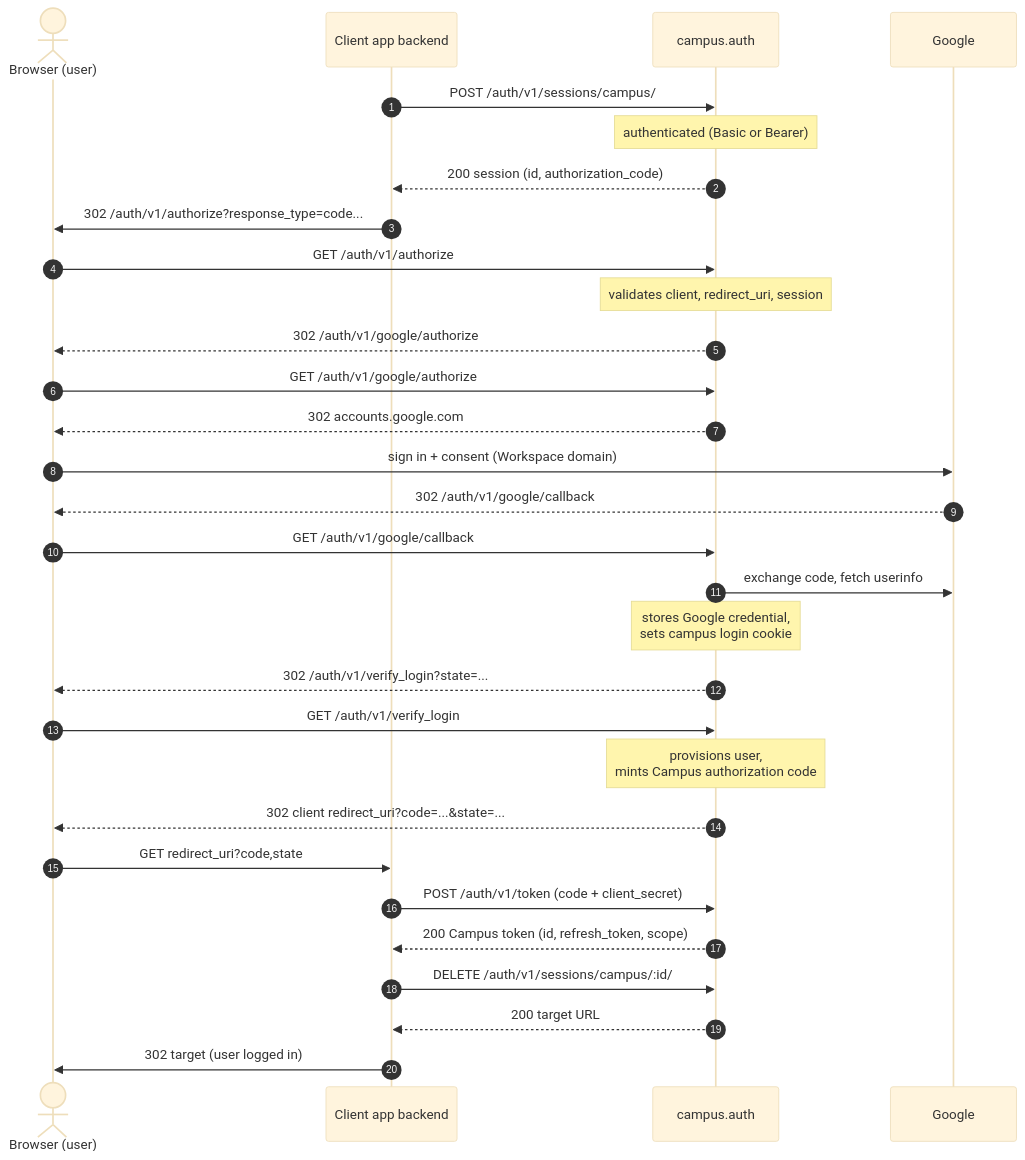
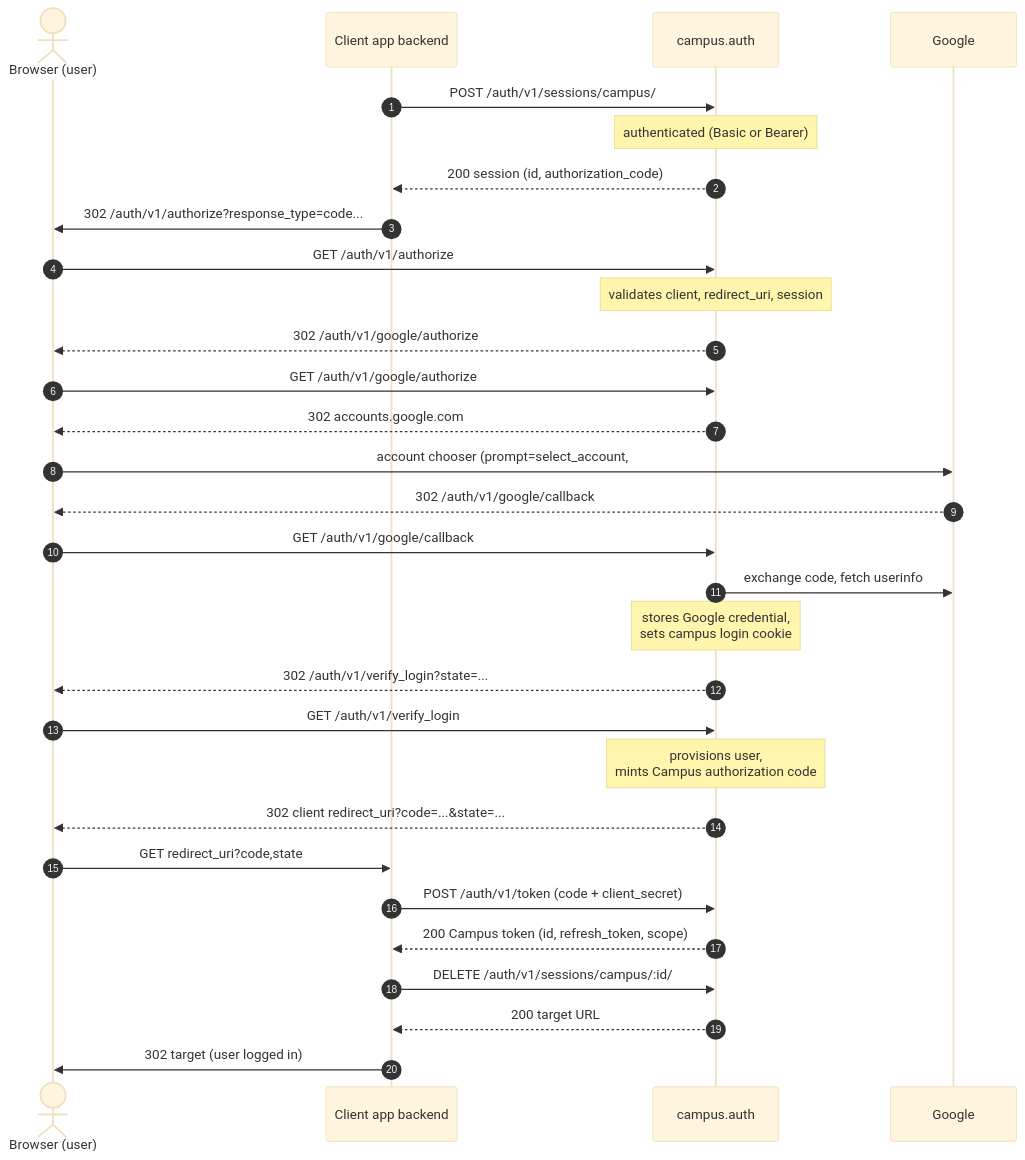
The second of 4 diagrams in docs/auth-login-flow.md (nyjc-computing/campus), drawn with Mermaid (base theme) before and after one commit. The commit also changed other lines of this file and 2 other files, not shown here.

First line of the commit message:
fix(auth): force Google account chooser on identity login (#844)

````diff
--- a/docs/auth-login-flow.md
+++ b/docs/auth-login-flow.md
@@ -61,33 +61,33 @@
 ```mermaid
 sequenceDiagram
     autonumber
     actor U as Browser (user)
     participant C as Client app backend
     participant A as campus.auth
     participant G as Google
 
     C->>A: POST /auth/v1/sessions/campus/
     Note over A: authenticated (Basic or Bearer)
     A-->>C: 200 session (id, authorization_code)
     C->>U: 302 /auth/v1/authorize?response_type=code...
     U->>A: GET /auth/v1/authorize
     Note over A: validates client, redirect_uri, session
     A-->>U: 302 /auth/v1/google/authorize
     U->>A: GET /auth/v1/google/authorize
     A-->>U: 302 accounts.google.com
-    U->>G: sign in + consent (Workspace domain)
+    U->>G: account chooser (prompt=select_account, #844)<br/>+ sign in + consent (Workspace domain)
     G-->>U: 302 /auth/v1/google/callback
     U->>A: GET /auth/v1/google/callback
     A->>G: exchange code, fetch userinfo
     Note over A: stores Google credential,<br/>sets campus login cookie
     A-->>U: 302 /auth/v1/verify_login?state=...
     U->>A: GET /auth/v1/verify_login
     Note over A: provisions user,<br/>mints Campus authorization code
     A-->>U: 302 client redirect_uri?code=...&state=...
     U->>C: GET redirect_uri?code,state
     C->>A: POST /auth/v1/token (code + client_secret)
     A-->>C: 200 Campus token (id, refresh_token, scope)
     C->>A: DELETE /auth/v1/sessions/campus/:id/
     A-->>C: 200 target URL
     C->>U: 302 target (user logged in)
 ```
````
